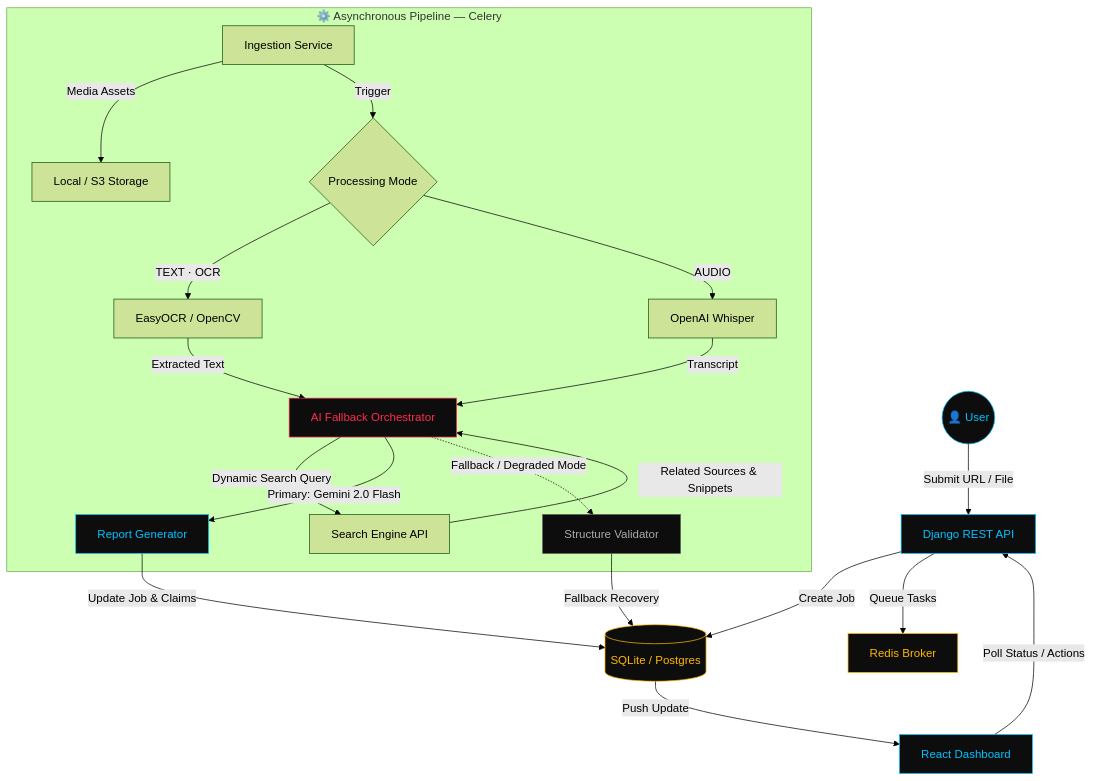
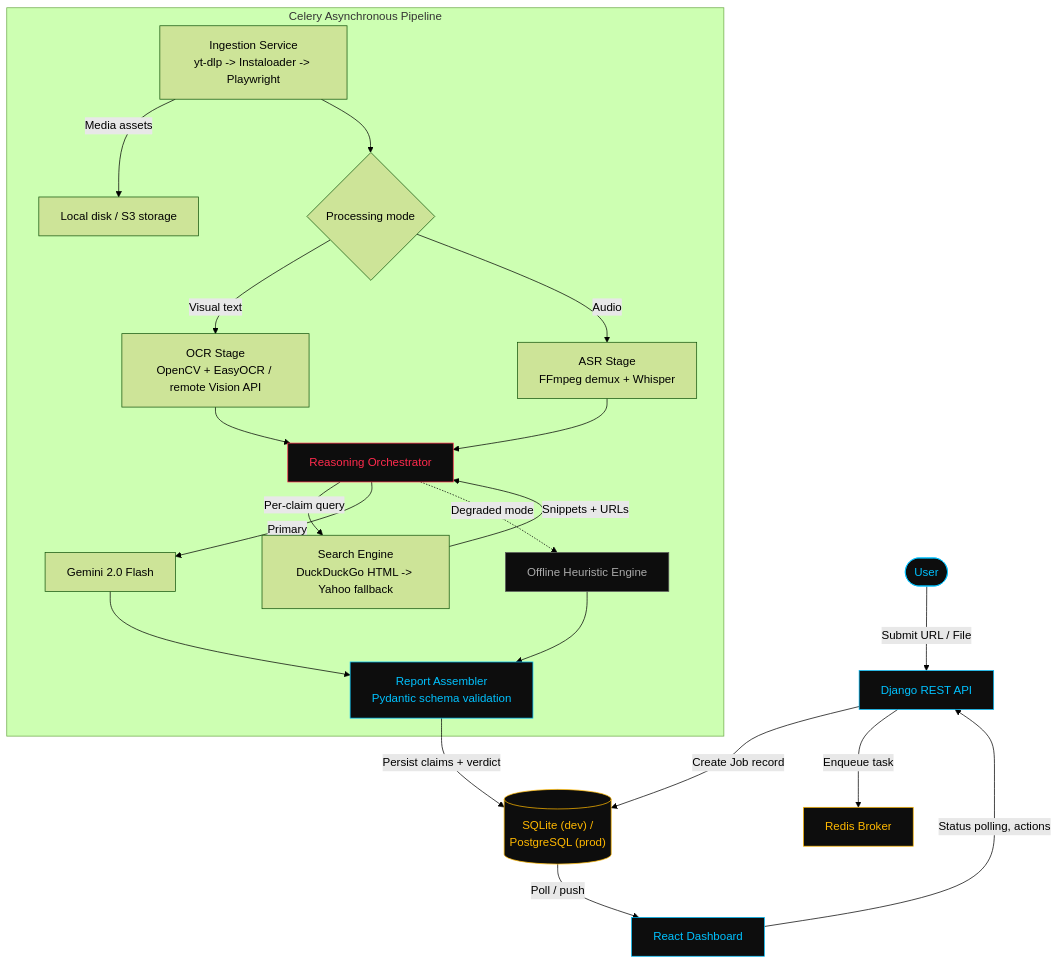
Before and after one commit to imMohammedSahil/Eden: the first of 3 diagrams in README.md, drawn with Mermaid (forest theme). The commit also changed other lines of this file and 1 other file, not shown here.

````diff
--- a/README.md
+++ b/README.md
@@ -92,37 +65,34 @@
 ```mermaid
-graph TD
-    User(("👤 User")) -->|Submit URL / File| API["Django REST API"]
-    API -->|Create Job| DB[("SQLite / Postgres")]
-    API -->|Queue Tasks| Redis["Redis Broker"]
+flowchart TD
+    U(["User"]) -->|Submit URL / File| API["Django REST API"]
+    API -->|Create Job record| DB[("SQLite (dev) /\nPostgreSQL (prod)")]
+    API -->|Enqueue task| REDIS["Redis Broker"]
 
-    subgraph Pipeline["⚙️ Asynchronous Pipeline — Celery"]
-        Ingest["Ingestion Service"] -->|Media Assets| Storage["Local / S3 Storage"]
-        Ingest -->|Trigger| Processing{"Processing Mode"}
-
-        Processing -->|TEXT · OCR| OCR["EasyOCR / OpenCV"]
-        Processing -->|AUDIO| Whisper["OpenAI Whisper"]
-
-        OCR -->|Extracted Text| Orchestrator["AI Fallback Orchestrator"]
-        Whisper -->|Transcript| Orchestrator
-
-        Orchestrator -->|Dynamic Search Query| GoogleSearch["Search Engine API"]
-        GoogleSearch -->|Related Sources & Snippets| Orchestrator
-
-        Orchestrator -->|Primary: Gemini 2.0 Flash| Report["Report Generator"]
-        Orchestrator -.->|Fallback / Degraded Mode| DegradedReport["Structure Validator"]
+    subgraph PIPE["Celery Asynchronous Pipeline"]
+        ING["Ingestion Service\nyt-dlp -> Instaloader -> Playwright"] -->|Media assets| STORE["Local disk / S3 storage"]
+        ING --> MODE{"Processing mode"}
+        MODE -->|Visual text| OCR["OCR Stage\nOpenCV + EasyOCR / remote Vision API"]
+        MODE -->|Audio| ASR["ASR Stage\nFFmpeg demux + Whisper"]
+        OCR --> ORCH["Reasoning Orchestrator"]
+        ASR --> ORCH
+        ORCH -->|Per-claim query| SEARCH["Search Engine\nDuckDuckGo HTML -> Yahoo fallback"]
+        SEARCH -->|Snippets + URLs| ORCH
+        ORCH -->|Primary| GEMINI["Gemini 2.0 Flash"]
+        ORCH -.->|Degraded mode| HEURISTIC["Offline Heuristic Engine"]
+        GEMINI --> REPORT["Report Assembler\nPydantic schema validation"]
+        HEURISTIC --> REPORT
     end
 
-    Report -->|Update Job & Claims| DB
-    DegradedReport -->|Fallback Recovery| DB
-    DB -->|Push Update| UI["React Dashboard"]
-    UI -->|Poll Status / Actions| API
+    REPORT -->|Persist claims + verdict| DB
+    DB -->|Poll / push| UI["React Dashboard"]
+    UI -->|Status polling, actions| API
 
-    style User fill:#0d0d0d,stroke:#00c2ff,color:#00c2ff
+    style U fill:#0d0d0d,stroke:#00c2ff,color:#00c2ff
     style API fill:#0d0d0d,stroke:#00c2ff,color:#00c2ff
     style DB fill:#0d0d0d,stroke:#ffb800,color:#ffb800
-    style Redis fill:#0d0d0d,stroke:#ffb800,color:#ffb800
-    style Orchestrator fill:#0d0d0d,stroke:#ff2b4d,color:#ff2b4d
-    style Report fill:#0d0d0d,stroke:#00c2ff,color:#00c2ff
-    style DegradedReport fill:#0d0d0d,stroke:#5a5a5a,color:#aaaaaa
+    style REDIS fill:#0d0d0d,stroke:#ffb800,color:#ffb800
+    style ORCH fill:#0d0d0d,stroke:#ff2b4d,color:#ff2b4d
+    style REPORT fill:#0d0d0d,stroke:#00c2ff,color:#00c2ff
+    style HEURISTIC fill:#0d0d0d,stroke:#5a5a5a,color:#aaaaaa
     style UI fill:#0d0d0d,stroke:#00c2ff,color:#00c2ff
 ```
````
